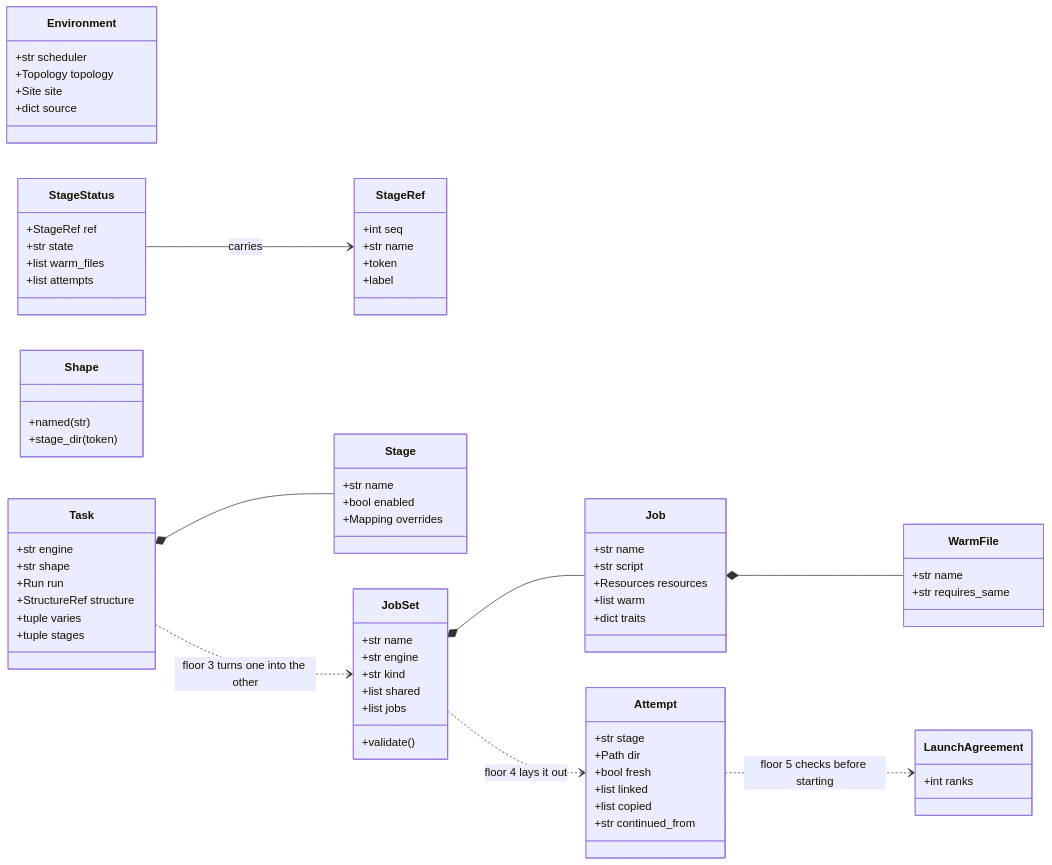
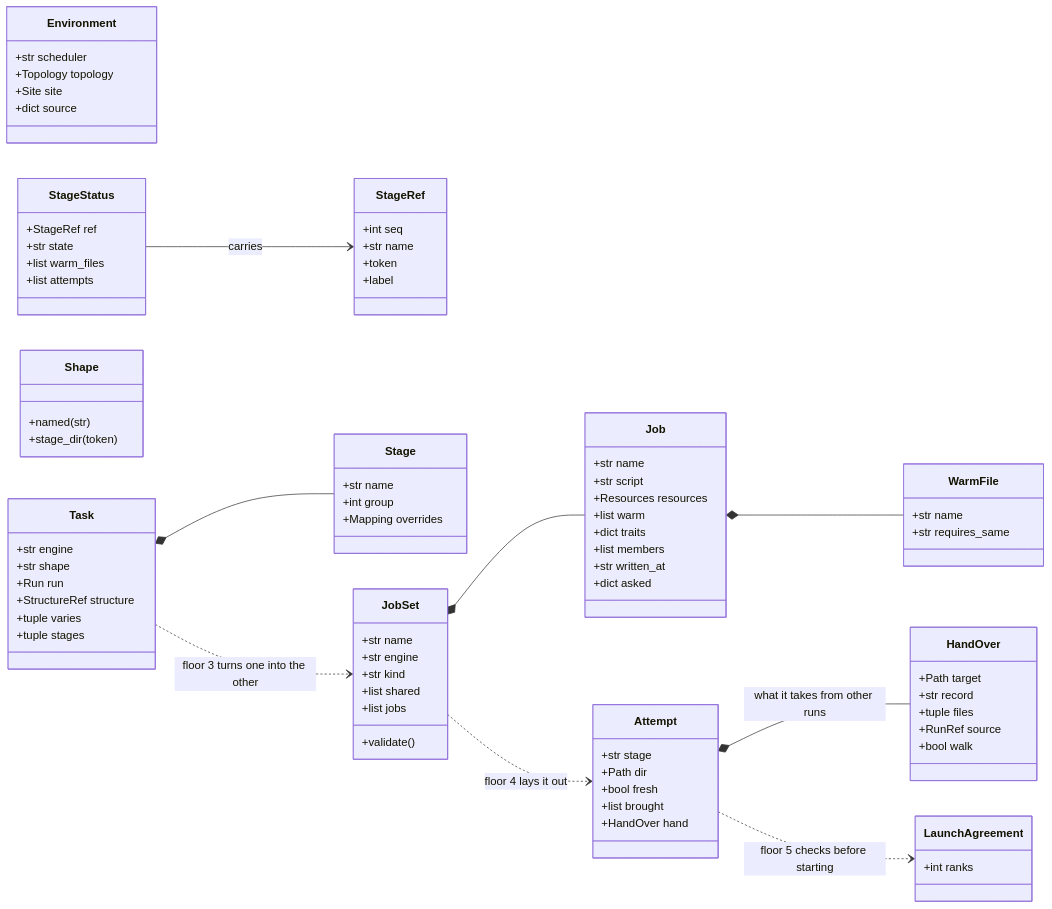
Before and after one commit to Qing-LAB/molbuilder: the third of 10 diagrams in docs/execution/architecture.md, drawn with Mermaid. The commit also changed other lines of this file and 282 other files, not shown here.

````diff
--- a/docs/execution/architecture.md
+++ b/docs/execution/architecture.md
@@ -295,7 +301,7 @@
     }
     class Stage {
       +str name
-      +bool enabled
+      +int group
       +Mapping overrides
     }
     class JobSet {
@@ -312,6 +318,9 @@
       +Resources resources
       +list warm
       +dict traits
+      +list members
+      +str written_at
+      +dict asked
     }
     class WarmFile {
       +str name
@@ -325,9 +334,15 @@
       +str stage
       +Path dir
       +bool fresh
-      +list linked
-      +list copied
-      +str continued_from
+      +list brought
+      +HandOver hand
+    }
+    class HandOver {
+      +Path target
+      +str record
+      +tuple files
+      +RunRef source
+      +bool walk
     }
     class LaunchAgreement {
       +int ranks
@@ -344,5 +359,6 @@
     StageStatus --> StageRef : carries
     Task ..> JobSet : floor 3 turns one into the other
     JobSet ..> Attempt : floor 4 lays it out
+    Attempt *-- HandOver : what it takes from other runs
     Attempt ..> LaunchAgreement : floor 5 checks before starting
 ```
````
